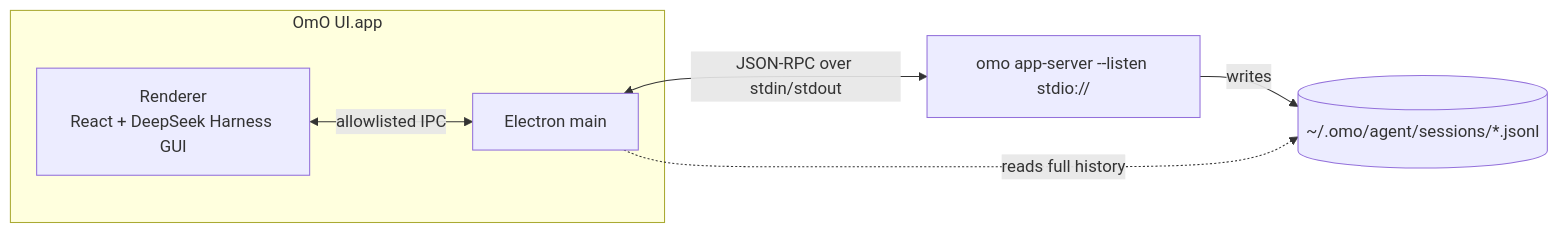
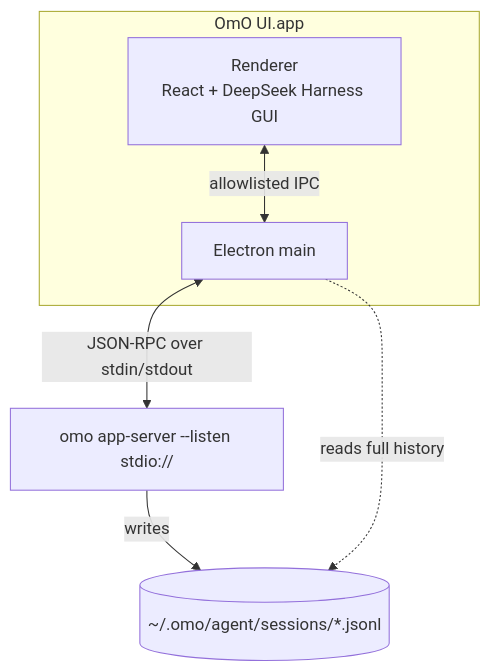
The diagram in README.md (JunesuChoi/omo-ui-windows), drawn with Mermaid before and after one commit. The commit also changed other lines of this file, not shown here.

First line of the commit message:
docs(readme): stack the activity screenshots and draw the diagram top to bottom

````diff
--- a/README.md
+++ b/README.md
@@ -181,9 +181,9 @@
 ```mermaid
-flowchart LR
+flowchart TB
   subgraph App["OmO UI.app"]
     R["Renderer<br/>React + DeepSeek Harness GUI"] <-->|"allowlisted IPC"| M["Electron main"]
   end
   M <-->|"JSON-RPC over stdin/stdout"| S["omo app-server --listen stdio://"]
   S -->|"writes"| F[("~/.omo/agent/sessions/*.jsonl")]
   M -.->|"reads full history"| F
 ```
````
